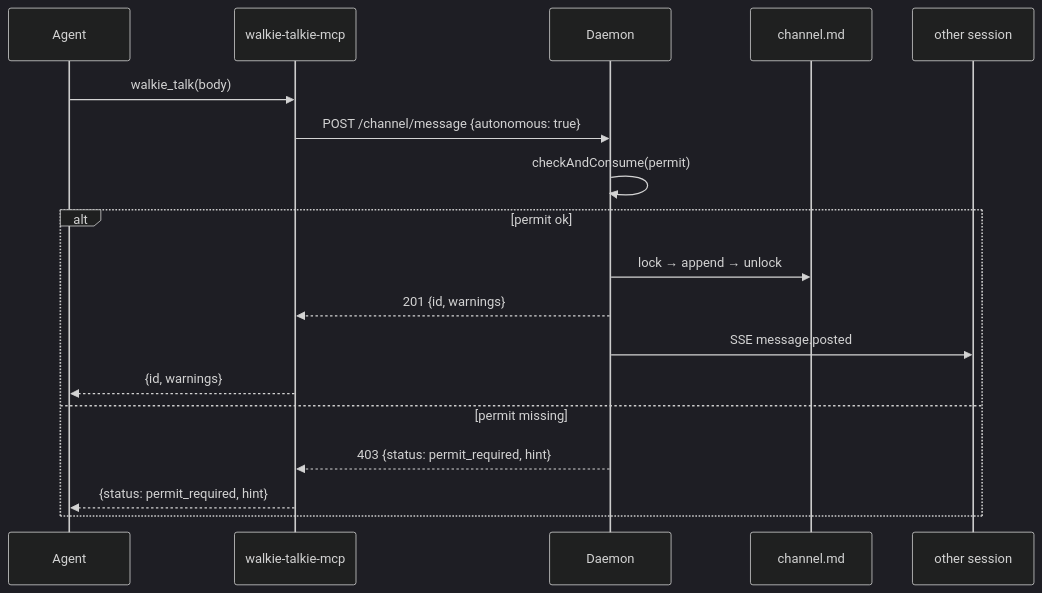
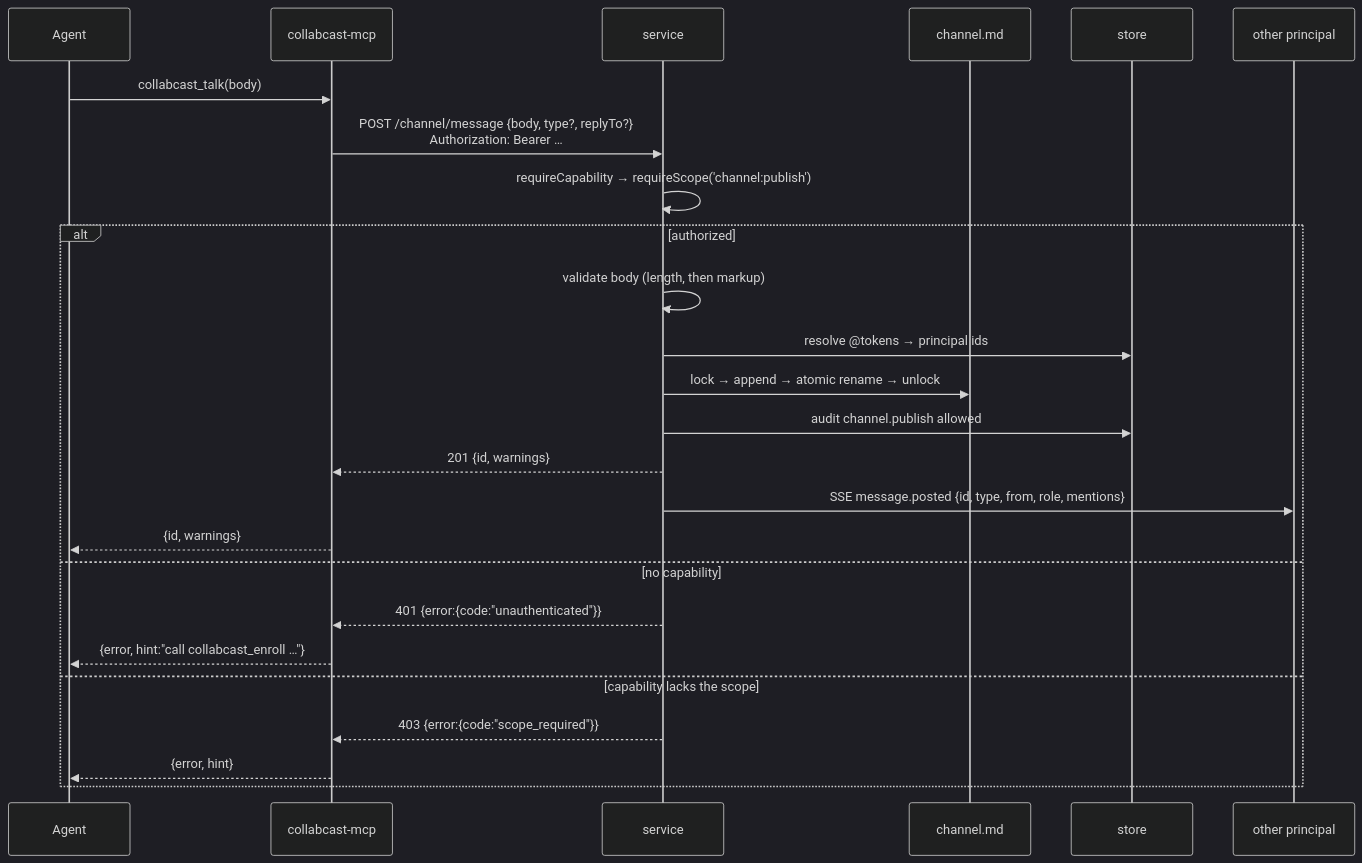
Before and after one commit to Trevor-Mengel/claude-walkie-talkie: the third of 4 diagrams in docs/architecture.md, drawn with Mermaid (dark theme). The commit also changed other lines of this file and 258 other files, not shown here.

First line of the commit message:
feat(security)!: v0.3 authority cutover + rename to Collabcast (#4)

````diff
--- a/docs/architecture.md
+++ b/docs/architecture.md
@@ -30,21 +74,28 @@
 ```mermaid
 sequenceDiagram
   participant Agent
-  participant MCP as walkie-talkie-mcp
-  participant Daemon
+  participant MCP as collabcast-mcp
+  participant Svc as service
   participant File as channel.md
-  participant Other as other session
+  participant Store as store
+  participant Other as other principal
 
-  Agent->>MCP: walkie_talk(body)
-  MCP->>Daemon: POST /channel/message {autonomous: true}
-  Daemon->>Daemon: checkAndConsume(permit)
-  alt permit ok
-    Daemon->>File: lock → append → unlock
-    Daemon-->>MCP: 201 {id, warnings}
-    Daemon->>Other: SSE message.posted
+  Agent->>MCP: collabcast_talk(body)
+  MCP->>Svc: POST /channel/message {body, type?, replyTo?}<br/>Authorization: Bearer …
+  Svc->>Svc: requireCapability → requireScope('channel:publish')
+  alt authorized
+    Svc->>Svc: validate body (length, then markup)
+    Svc->>Store: resolve @tokens → principal ids
+    Svc->>File: lock → append → atomic rename → unlock
+    Svc->>Store: audit channel.publish allowed
+    Svc-->>MCP: 201 {id, warnings}
+    Svc->>Other: SSE message.posted {id, type, from, role, mentions}
     MCP-->>Agent: {id, warnings}
-  else permit missing
-    Daemon-->>MCP: 403 {status: permit_required, hint}
-    MCP-->>Agent: {status: permit_required, hint}
+  else no capability
+    Svc-->>MCP: 401 {error:{code:"unauthenticated"}}
+    MCP-->>Agent: {error, hint:"call collabcast_enroll …"}
+  else capability lacks the scope
+    Svc-->>MCP: 403 {error:{code:"scope_required"}}
+    MCP-->>Agent: {error, hint}
   end
 ```
````
